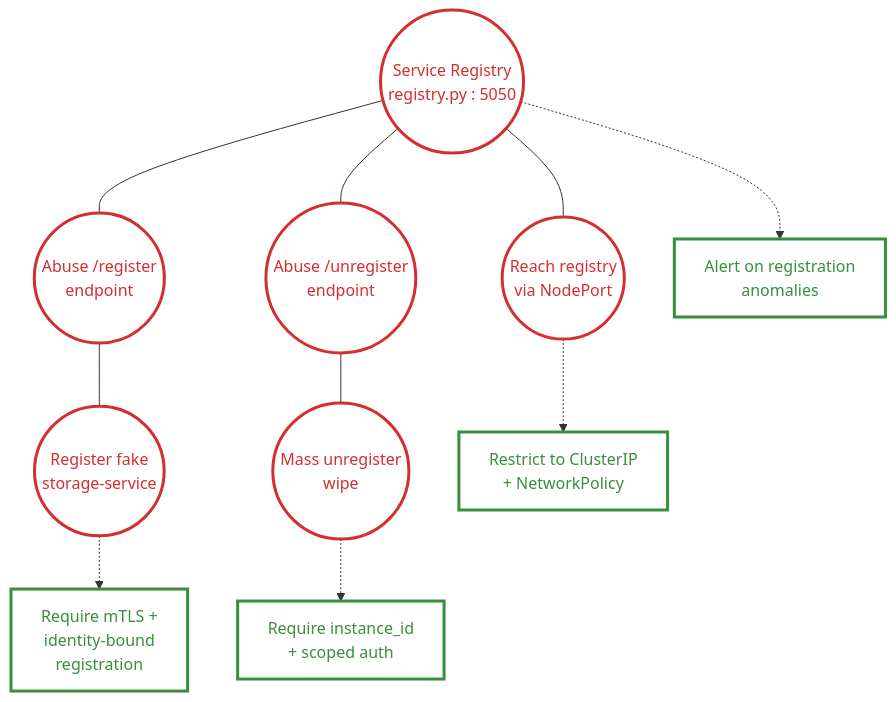
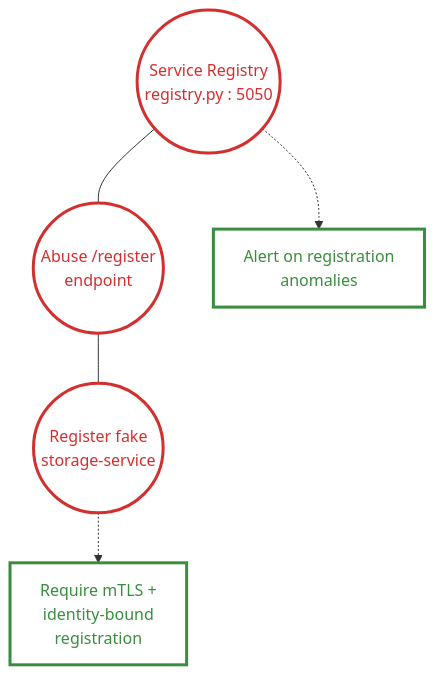
Before and after one commit to lucaveiro/SSLE-Project-1: the first of 3 diagrams in adtrees-ssle-projeto1.md, drawn with Mermaid. The commit also changed other lines of this file and 2 other files, not shown here.

Commit message:
Focus ADTree 1 on registry hijacking
Remove the unregister and external NodePort attack vectors and align the ADTree, report, PoC findings, mitigations, and evidence with the single `/register` hijacking vector.

````diff
--- a/adtrees-ssle-projeto1.md
+++ b/adtrees-ssle-projeto1.md
@@ -16,39 +16,24 @@
 ```mermaid
 graph TD
     A0((Service Registry<br/>registry.py : 5050))
 
     A1((Abuse /register<br/>endpoint))
-    A2((Abuse /unregister<br/>endpoint))
-    A3((Reach registry<br/>via NodePort))
 
     A0 --- A1
-    A0 --- A2
-    A0 --- A3
 
     A1b((Register fake<br/>storage-service))
-    A2b((Mass unregister<br/>wipe))
 
     A1 --- A1b
-    A2 --- A2b
 
     D1[Require mTLS +<br/>identity-bound<br/>registration]
-    D2[Require instance_id<br/>+ scoped auth]
-    D3[Restrict to ClusterIP<br/>+ NetworkPolicy]
     D4[Alert on registration<br/>anomalies]
 
     A1b -.-> D1
-    A2b -.-> D2
-    A3 -.-> D3
     A0 -.-> D4
 
     style A0 fill:#fff,stroke:#d32f2f,stroke-width:3px,color:#d32f2f
     style A1 fill:#fff,stroke:#d32f2f,stroke-width:3px,color:#d32f2f
-    style A2 fill:#fff,stroke:#d32f2f,stroke-width:3px,color:#d32f2f
-    style A3 fill:#fff,stroke:#d32f2f,stroke-width:3px,color:#d32f2f
     style A1b fill:#fff,stroke:#d32f2f,stroke-width:3px,color:#d32f2f
-    style A2b fill:#fff,stroke:#d32f2f,stroke-width:3px,color:#d32f2f
     style D1 fill:#fff,stroke:#388e3c,stroke-width:3px,color:#388e3c
-    style D2 fill:#fff,stroke:#388e3c,stroke-width:3px,color:#388e3c
-    style D3 fill:#fff,stroke:#388e3c,stroke-width:3px,color:#388e3c
     style D4 fill:#fff,stroke:#388e3c,stroke-width:3px,color:#388e3c
 ```
````
